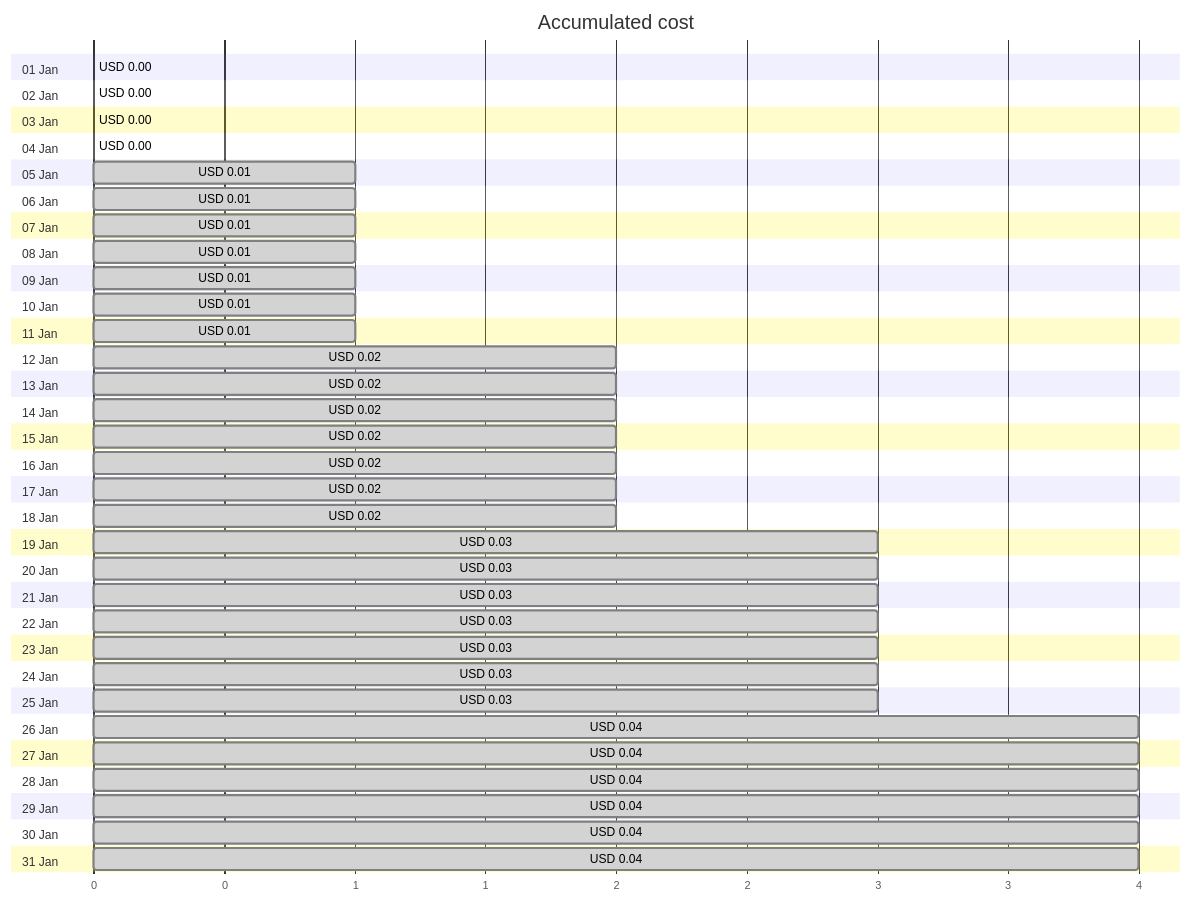
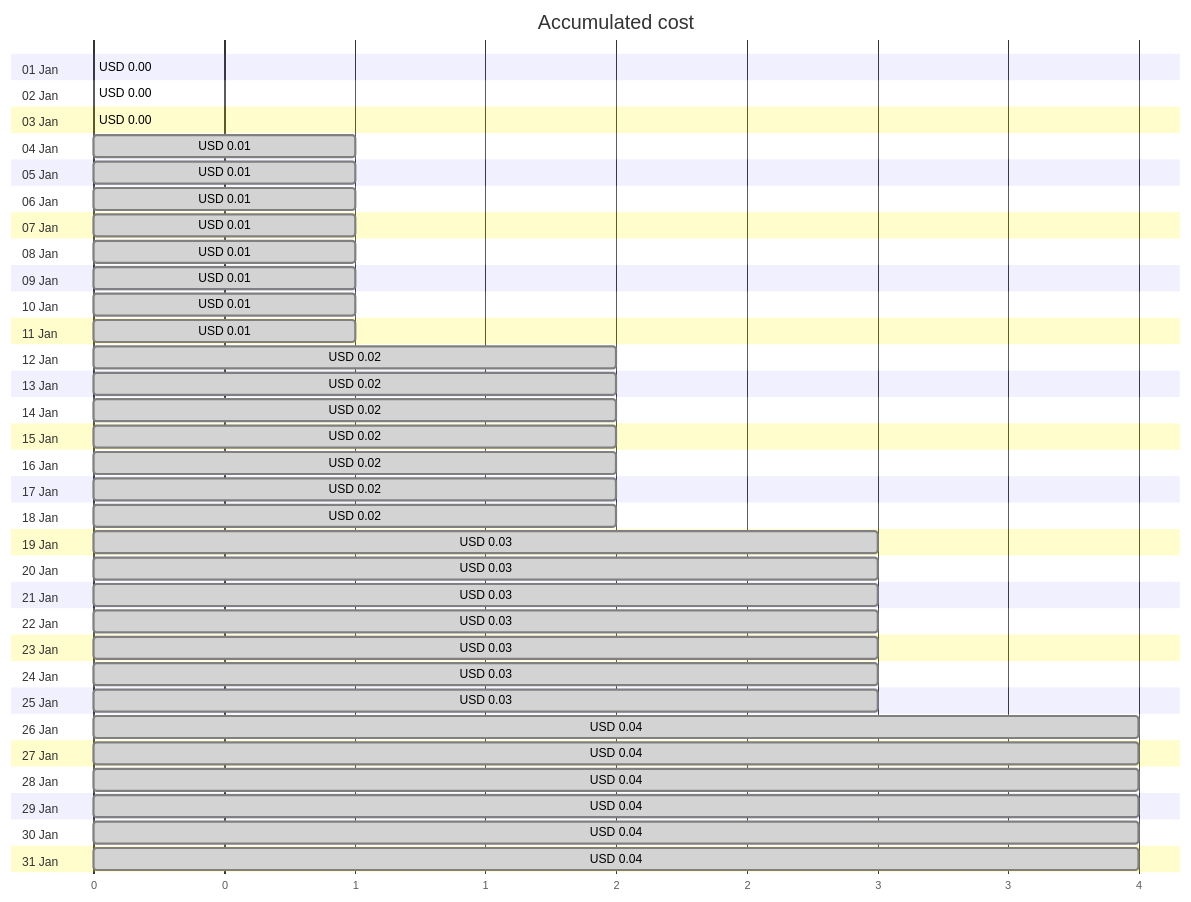
One commit to jpfulton/azure-personal-reports changed the first of 4 diagrams in cost-reports/personal-site/personalsiteapistorage.md. Above: the diagram before and after it, drawn with Mermaid. The commit also changed other lines of this file and 6 other files, not shown here.

````diff
--- a/cost-reports/personal-site/personalsiteapistorage.md
+++ b/cost-reports/personal-site/personalsiteapistorage.md
@@ -20,68 +20,68 @@
 ```mermaid
 gantt
    title Accumulated cost
    dateFormat  X
    axisFormat %s
    section 01 Jan
    USD 0.00 :0, 0
    section 02 Jan
    USD 0.00 :0, 0
    section 03 Jan
-   USD 0.00 : done, 0, 0
+   USD 0.00 :0, 0
    section 04 Jan
-   USD 0.00 : done, 0, 0
+   USD 0.01 : done, 0, 1
    section 05 Jan
    USD 0.01 : done, 0, 1
    section 06 Jan
    USD 0.01 : done, 0, 1
    section 07 Jan
    USD 0.01 : done, 0, 1
    section 08 Jan
    USD 0.01 : done, 0, 1
    section 09 Jan
    USD 0.01 : done, 0, 1
    section 10 Jan
    USD 0.01 : done, 0, 1
    section 11 Jan
    USD 0.01 : done, 0, 1
    section 12 Jan
    USD 0.02 : done, 0, 2
    section 13 Jan
    USD 0.02 : done, 0, 2
    section 14 Jan
    USD 0.02 : done, 0, 2
    section 15 Jan
    USD 0.02 : done, 0, 2
    section 16 Jan
    USD 0.02 : done, 0, 2
    section 17 Jan
    USD 0.02 : done, 0, 2
    section 18 Jan
    USD 0.02 : done, 0, 2
    section 19 Jan
    USD 0.03 : done, 0, 3
    section 20 Jan
    USD 0.03 : done, 0, 3
    section 21 Jan
    USD 0.03 : done, 0, 3
    section 22 Jan
    USD 0.03 : done, 0, 3
    section 23 Jan
    USD 0.03 : done, 0, 3
    section 24 Jan
    USD 0.03 : done, 0, 3
    section 25 Jan
    USD 0.03 : done, 0, 3
    section 26 Jan
    USD 0.04 : done, 0, 4
    section 27 Jan
    USD 0.04 : done, 0, 4
    section 28 Jan
    USD 0.04 : done, 0, 4
    section 29 Jan
    USD 0.04 : done, 0, 4
    section 30 Jan
    USD 0.04 : done, 0, 4
    section 31 Jan
    USD 0.04 : done, 0, 4
 ```
````
